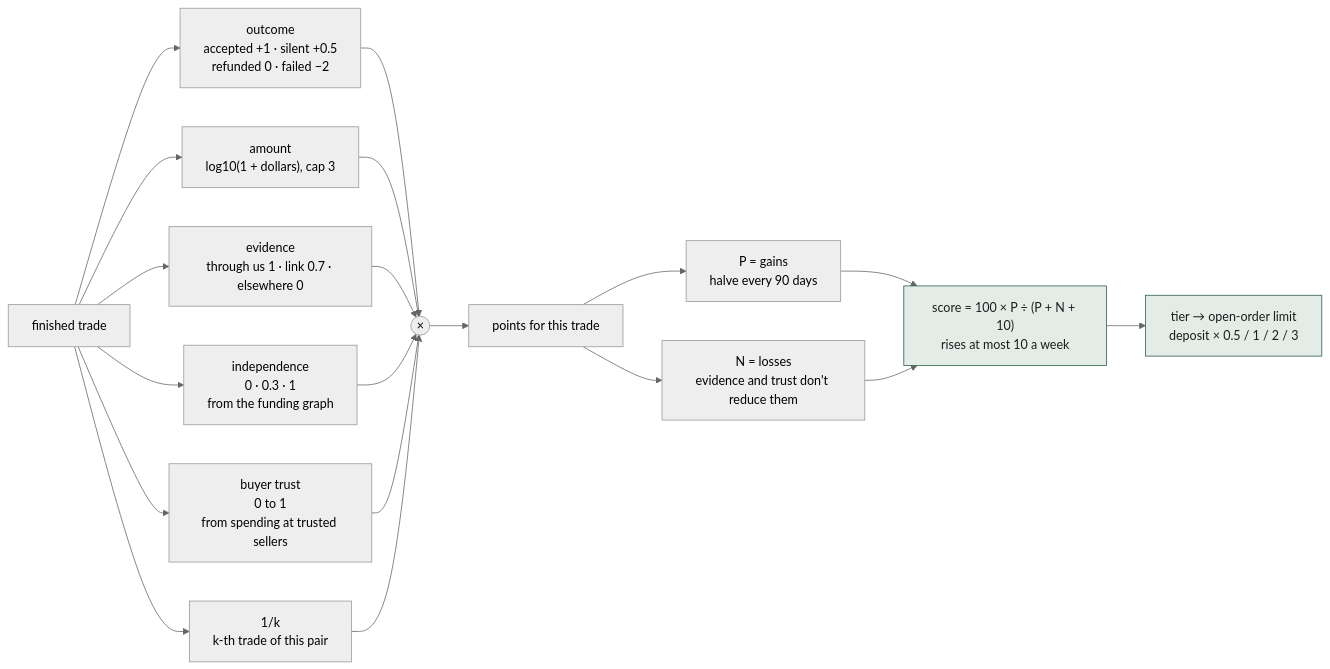
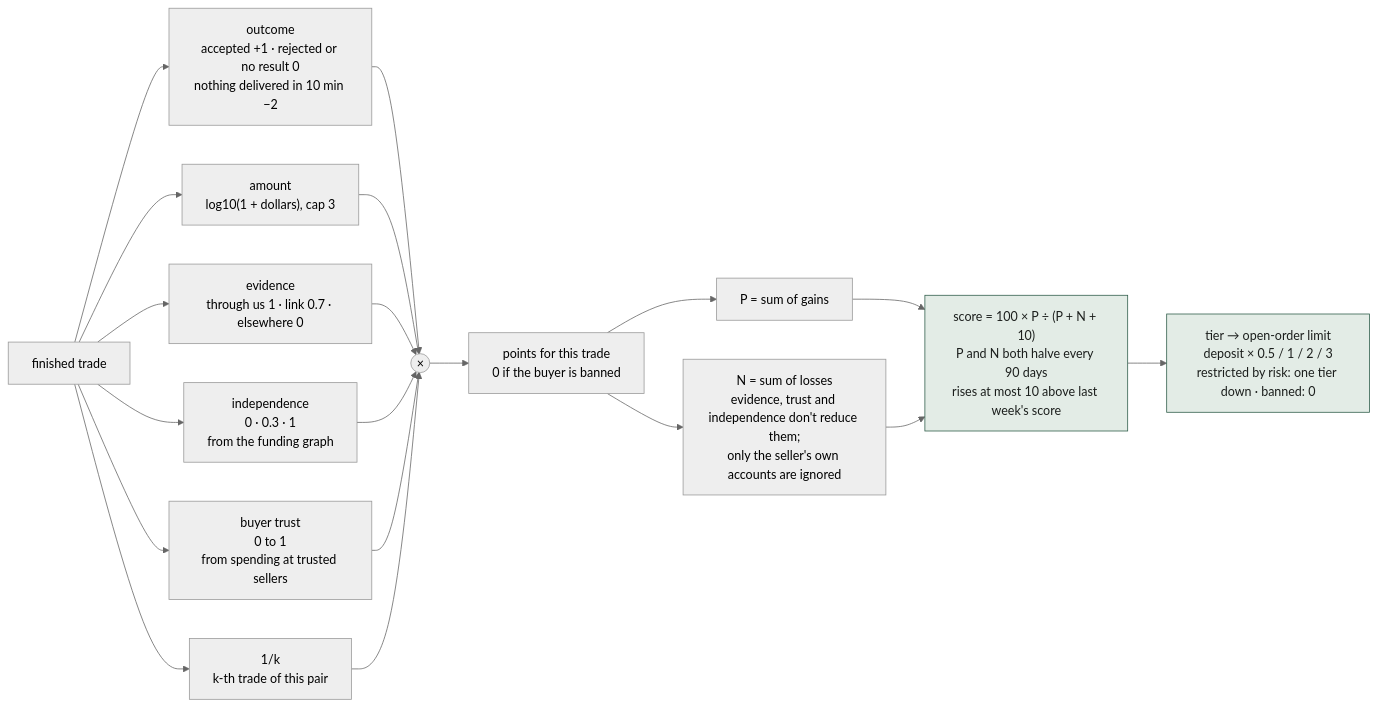
The fourth of 8 diagrams in README.md (franktsai2008-eng/ai-pay-gate), drawn with Mermaid (neutral theme) before and after one commit. The commit also changed other lines of this file and 2 other files, not shown here.

Commit message:
README diagrams corrected against the code after independent review; weekly score cap rolls forward in the nightly recompute

````diff
--- a/README.md
+++ b/README.md
@@ -130,17 +135,17 @@
 ```mermaid
 flowchart LR
-  T["finished trade"] --> O["outcome<br/>accepted +1 · silent +0.5<br/>refunded 0 · failed −2"]
+  T["finished trade"] --> O["outcome<br/>accepted +1 · rejected or no result 0<br/>nothing delivered in 10 min −2"]
   T --> A["amount<br/>log10(1 + dollars), cap 3"]
   T --> E["evidence<br/>through us 1 · link 0.7 · elsewhere 0"]
   T --> I["independence<br/>0 · 0.3 · 1<br/>from the funding graph"]
   T --> B["buyer trust<br/>0 to 1<br/>from spending at trusted sellers"]
   T --> K["1/k<br/>k-th trade of this pair"]
   O & A & E & I & B & K --> X(("×"))
-  X --> PTS["points for this trade"]
-  PTS --> P["P = gains<br/>halve every 90 days"]
-  PTS --> N["N = losses<br/>evidence and trust don't reduce them"]
-  P & N --> SC["score = 100 × P ÷ (P + N + 10)<br/>rises at most 10 a week"]
-  SC --> TIER["tier → open-order limit<br/>deposit × 0.5 / 1 / 2 / 3"]
+  X --> PTS["points for this trade<br/>0 if the buyer is banned"]
+  PTS --> P["P = sum of gains"]
+  PTS --> N["N = sum of losses<br/>evidence, trust and independence don't reduce them;<br/>only the seller's own accounts are ignored"]
+  P & N --> SC["score = 100 × P ÷ (P + N + 10)<br/>P and N both halve every 90 days<br/>rises at most 10 above last week's score"]
+  SC --> TIER["tier → open-order limit<br/>deposit × 0.5 / 1 / 2 / 3<br/>restricted by risk: one tier down · banned: 0"]
   classDef g fill:#e3ece6,stroke:#2f5d4a,color:#1b1e1c
   class SC,TIER g
 ```
````
